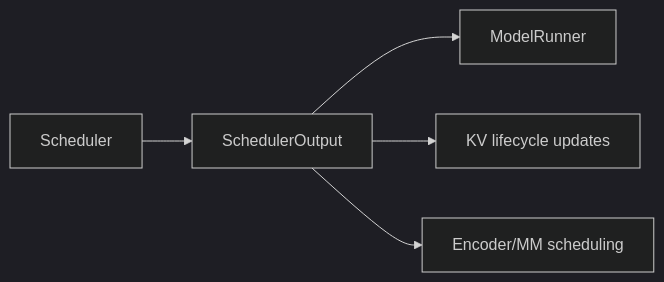
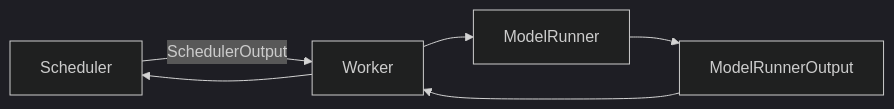
Diagram 23 of 32 in _posts/2026-08-15-deep-dive-into-vllm.md (arganzheng/arganzheng.github.com), drawn with Mermaid (dark theme) before and after one commit. The commit also changed other lines of this file, not shown here.

````diff
--- a/_posts/2026-08-15-deep-dive-into-vllm.md
+++ b/_posts/2026-08-15-deep-dive-into-vllm.md
@@ -6511,7 +6804,8 @@
 ```mermaid
 flowchart LR
-    Sch[Scheduler] --> SO[SchedulerOutput]
-    SO --> MR[ModelRunner]
-    SO --> KV[KV lifecycle updates]
-    SO --> MM[Encoder/MM scheduling]
+    S[Scheduler] -->|SchedulerOutput| W[Worker]
+    W --> R[ModelRunner]
+    R --> O[ModelRunnerOutput]
+    O --> W
+    W --> S
 ```
````
